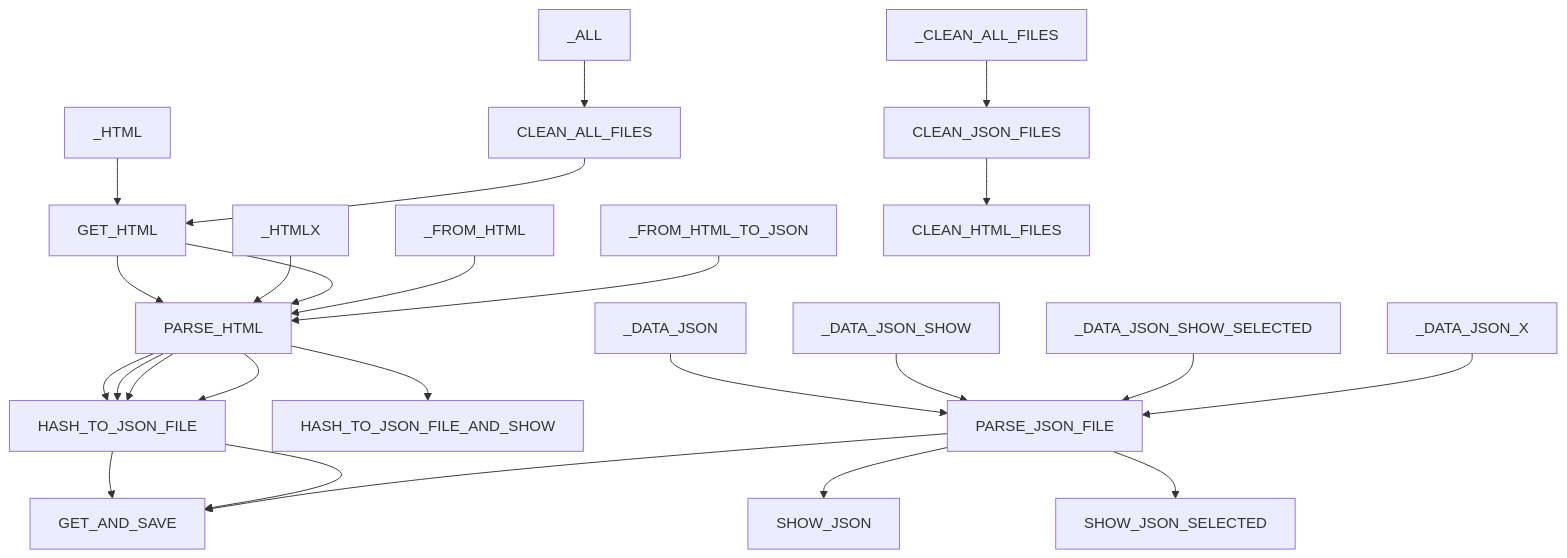
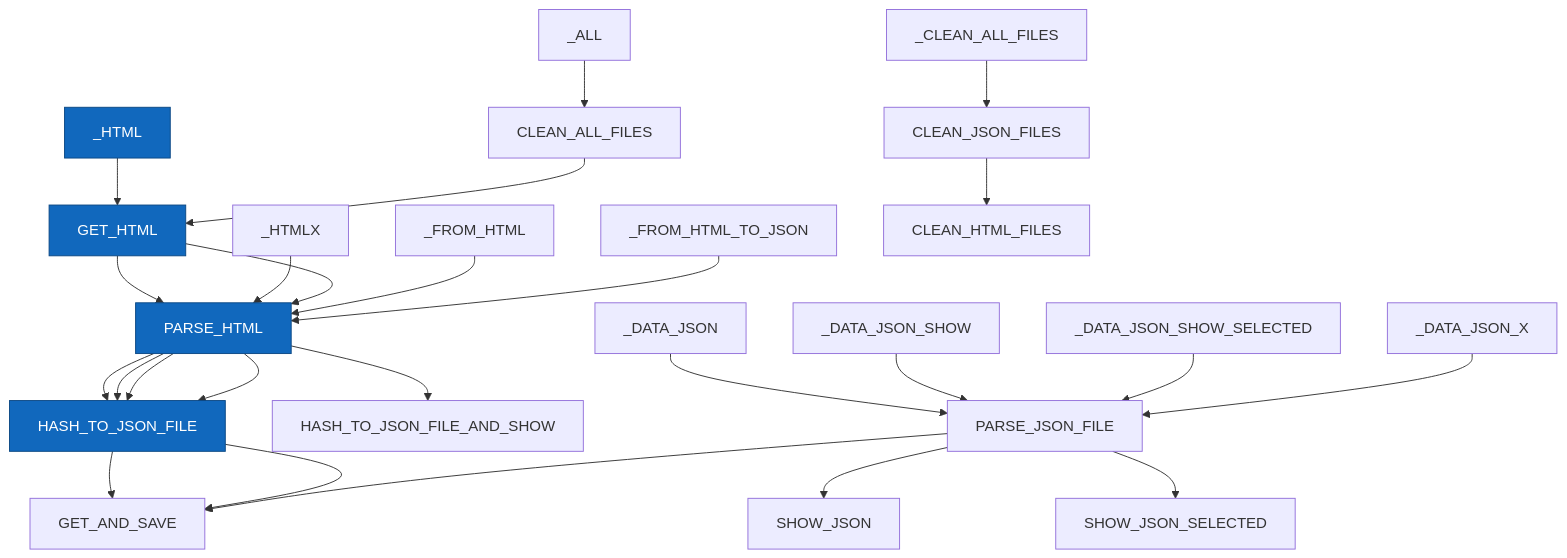
One commit to ykominami/bookinfor changed the diagram in docs/readx.md. Above: the diagram before and after it, drawn with Mermaid.

````diff
--- a/docs/readx.md
+++ b/docs/readx.md
@@ -1,13 +1,19 @@
 ```mermaid
 graph TD;
 _HTML-->GET_HTML-->PARSE_HTML-->HASH_TO_JSON_FILE;
 _HTMLX-->PARSE_HTML-->HASH_TO_JSON_FILE_AND_SHOW;
 _ALL-->CLEAN_ALL_FILES-->GET_HTML-->PARSE_HTML-->HASH_TO_JSON_FILE-->GET_AND_SAVE;
 _FROM_HTML-->PARSE_HTML-->HASH_TO_JSON_FILE-->GET_AND_SAVE;
 _FROM_HTML_TO_JSON-->PARSE_HTML-->HASH_TO_JSON_FILE;
 _CLEAN_ALL_FILES-->CLEAN_JSON_FILES-->CLEAN_HTML_FILES;
 _DATA_JSON-->PARSE_JSON_FILE;
 _DATA_JSON_SHOW-->PARSE_JSON_FILE-->SHOW_JSON;
 _DATA_JSON_SHOW_SELECTED-->PARSE_JSON_FILE-->SHOW_JSON_SELECTED;
 _DATA_JSON_X-->PARSE_JSON_FILE-->GET_AND_SAVE;
+  classDef Active fill:#1168bd,stroke:#0b4884,color:#ffffff
+  class _HTML Active
+  class GET_HTML Active
+  class PARSE_HTML Active
+  class HASH_TO_JSON_FILE Active
+
 ```
````
